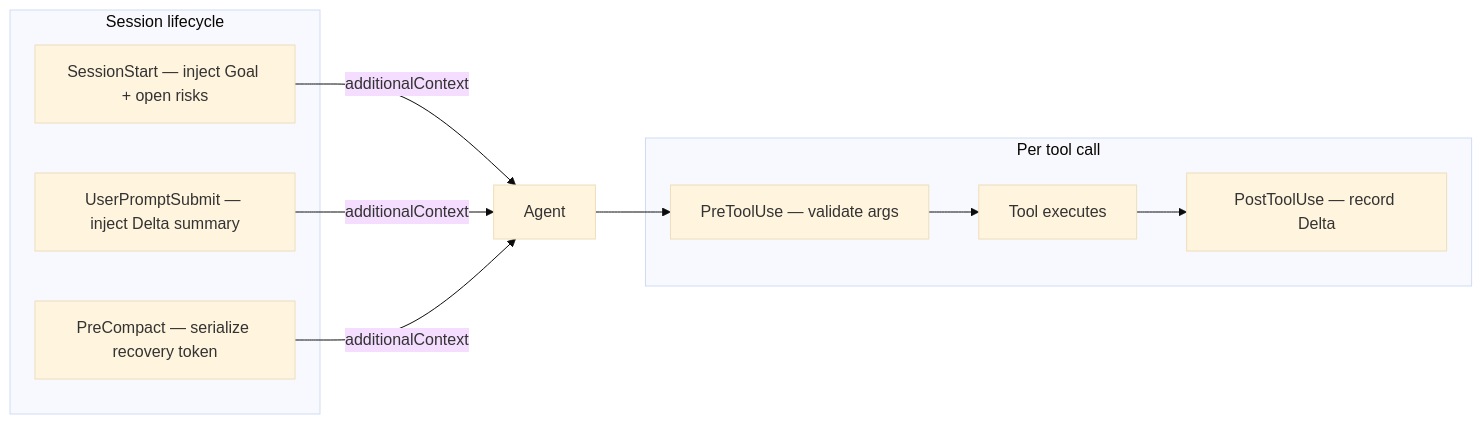
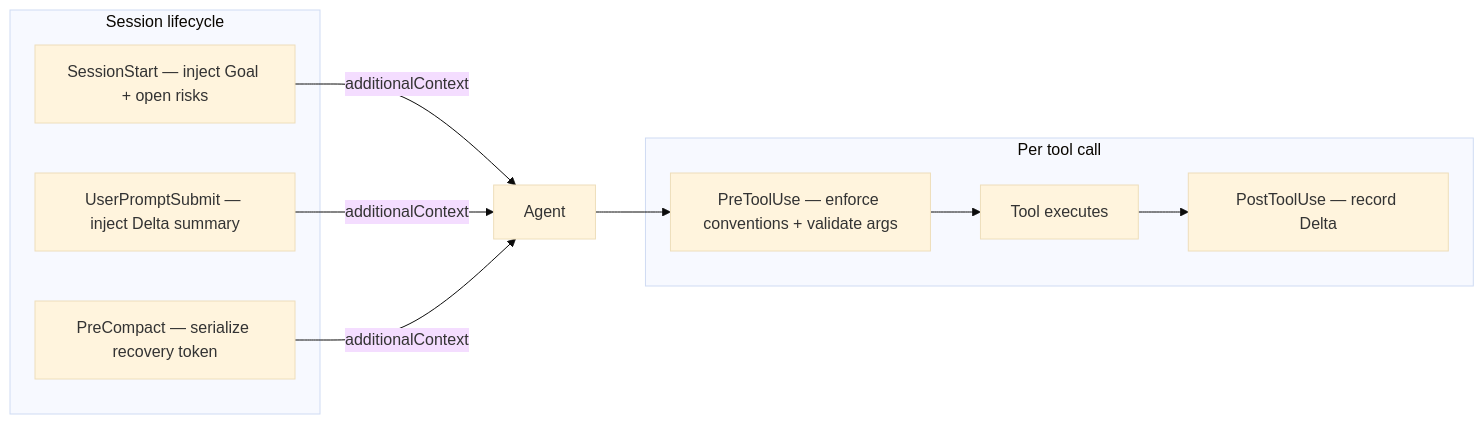
The fourth of 4 diagrams in README.md (jianzhichun/emerge), drawn with Mermaid (base theme) before and after one commit. The commit also changed other lines of this file and 3 other files, not shown here.

````diff
--- a/README.md
+++ b/README.md
@@ -200,19 +200,19 @@
 ```mermaid
 flowchart LR
   subgraph session [Session lifecycle]
     SS[SessionStart — inject Goal + open risks]
     UPS[UserPromptSubmit — inject Delta summary]
     PC[PreCompact — serialize recovery token]
   end
 
   subgraph percall [Per tool call]
-    PTU[PreToolUse — validate args]
+    PTU[PreToolUse — enforce conventions + validate args]
     EX[Tool executes]
     POTU[PostToolUse — record Delta]
   end
 
   SS -->|additionalContext| Agent
   UPS -->|additionalContext| Agent
   PC -->|additionalContext| Agent
   Agent --> PTU --> EX --> POTU
 ```
````
